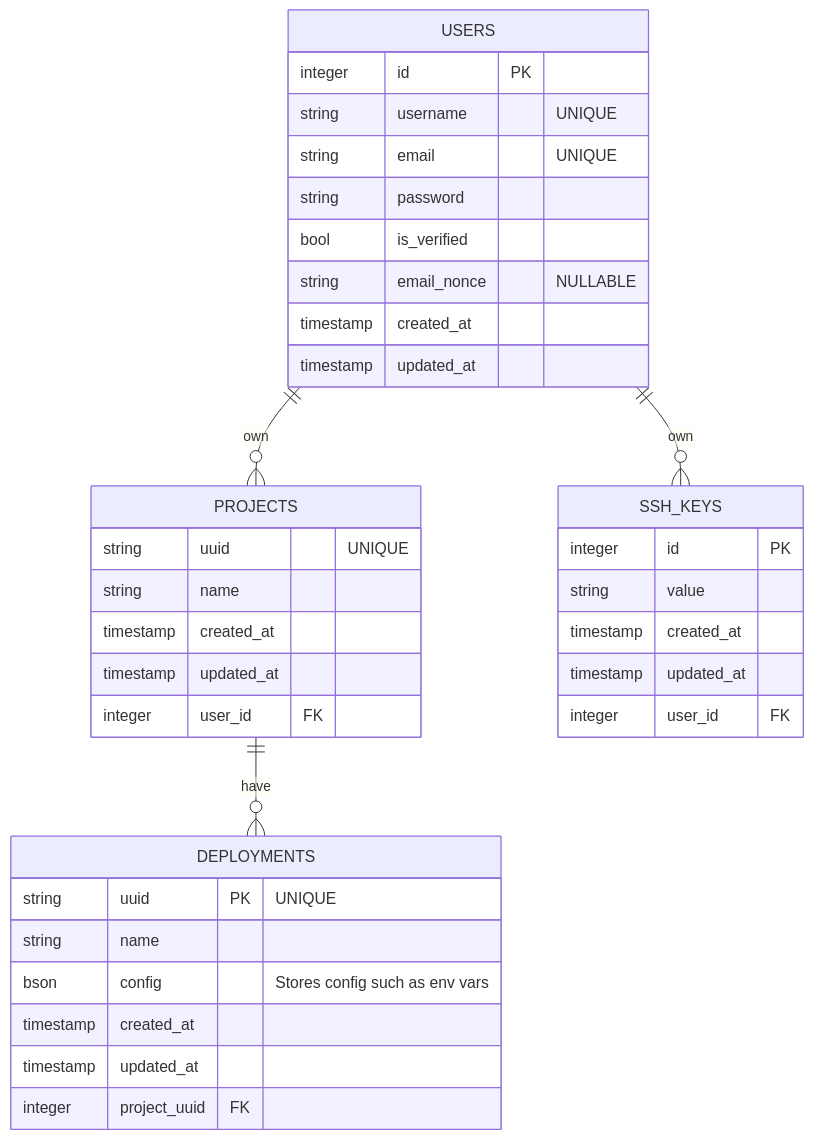
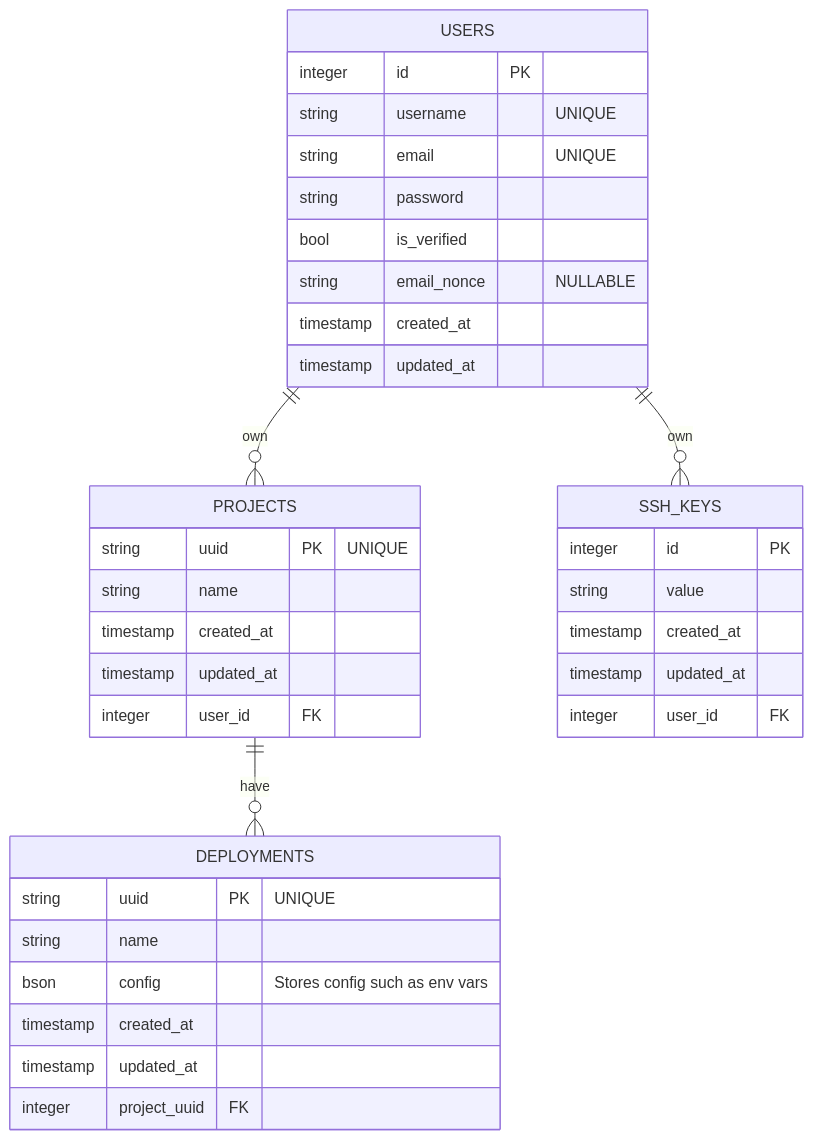
One commit to paastech-cloud/docs changed the diagram in README.md. Above: the diagram before and after it, drawn with Mermaid.

Commit message:
fix(docs): add forgotten PK on projects

````diff
--- a/README.md
+++ b/README.md
@@ -5,38 +5,38 @@
 ```mermaid
 erDiagram
     USERS ||--o{ PROJECTS : own
     USERS ||--o{ SSH_KEYS : own
     PROJECTS ||--o{ DEPLOYMENTS : have
     USERS {
         integer id PK
         string username "UNIQUE"
         string email "UNIQUE"
         string password
         bool is_verified
         string email_nonce "NULLABLE"
         timestamp created_at
         timestamp updated_at
     }
     SSH_KEYS {
         integer id PK
         string value
         timestamp created_at
         timestamp updated_at
         integer user_id FK
     }
     PROJECTS {
-        string uuid "UNIQUE"
+        string uuid PK "UNIQUE"
         string name
         timestamp created_at
         timestamp updated_at
         integer user_id FK
     }
     DEPLOYMENTS {
         string uuid PK "UNIQUE"
         string name
         bson config "Stores config such as env vars"
         timestamp created_at
         timestamp updated_at
         integer project_uuid FK
     }
 ```
````
